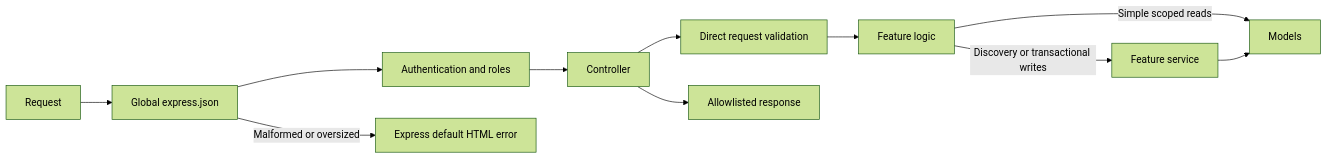
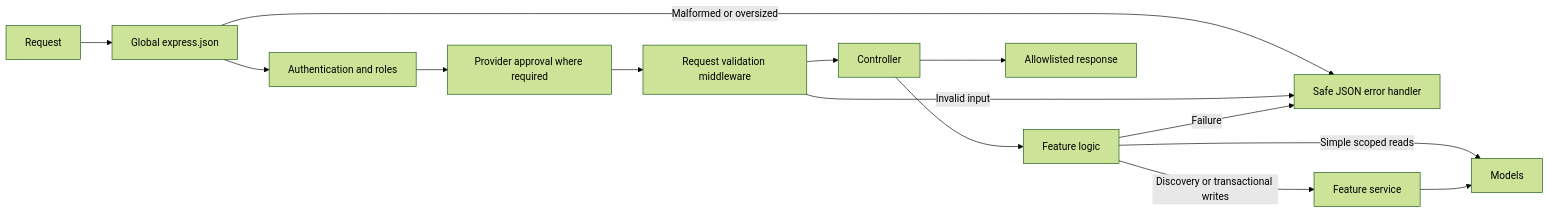
One commit to kormuyang/swdevprac1-project-dobby changed the third of 3 diagrams in docs/diagrams/api.md. Above: the diagram before and after it, drawn with Mermaid (forest theme). The commit also changed other lines of this file and 47 other files, not shown here.

First line of the commit message:
refactor: restore validation middleware and shared JSON errors

````diff
--- a/docs/diagrams/api.md
+++ b/docs/diagrams/api.md
@@ -44,13 +44,16 @@
 ```mermaid
 flowchart LR
     Request --> JSON[Global express.json]
     JSON --> Auth[Authentication and roles]
-    JSON -->|Malformed or oversized| Error[Express default HTML error]
-    Auth --> Controller
-    Controller --> Validation[Direct request validation]
-    Validation --> Logic[Feature logic]
+    JSON -->|Malformed or oversized| Error[Safe JSON error handler]
+    Auth --> Approval[Provider approval where required]
+    Approval --> Validation[Request validation middleware]
+    Validation --> Controller
+    Controller --> Logic[Feature logic]
+    Validation -->|Invalid input| Error
+    Logic -->|Failure| Error
     Logic -->|Simple scoped reads| Models
     Logic -->|Discovery or transactional writes| Service[Feature service]
     Service --> Models
     Controller --> Output[Allowlisted response]
 ```
````
